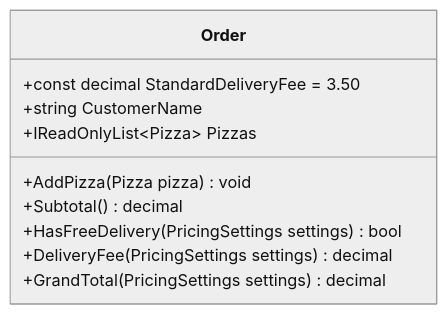
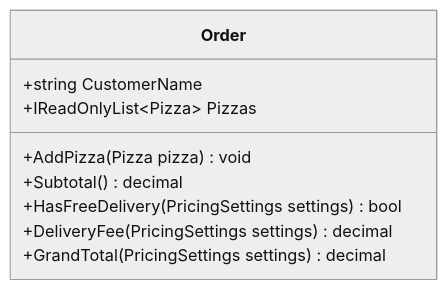
Before and after one commit to Timon-code95/PizzaShop: the fourth of 13 diagrams in docs/c4-model/04a-class-diagram-spiegazione.md, drawn with Mermaid (neutral theme). The commit also changed other lines of this file and 19 other files, not shown here.

````diff
--- a/docs/c4-model/04a-class-diagram-spiegazione.md
+++ b/docs/c4-model/04a-class-diagram-spiegazione.md
@@ -167,13 +167,12 @@
 ```mermaid
 classDiagram
 	class Order {
-		+const decimal StandardDeliveryFee = 3.50
 		+string CustomerName
 		+IReadOnlyList~Pizza~ Pizzas
 		+AddPizza(Pizza pizza) void
 		+Subtotal() decimal
 		+HasFreeDelivery(PricingSettings settings) bool
 		+DeliveryFee(PricingSettings settings) decimal
 		+GrandTotal(PricingSettings settings) decimal
 	}
 ```
````
